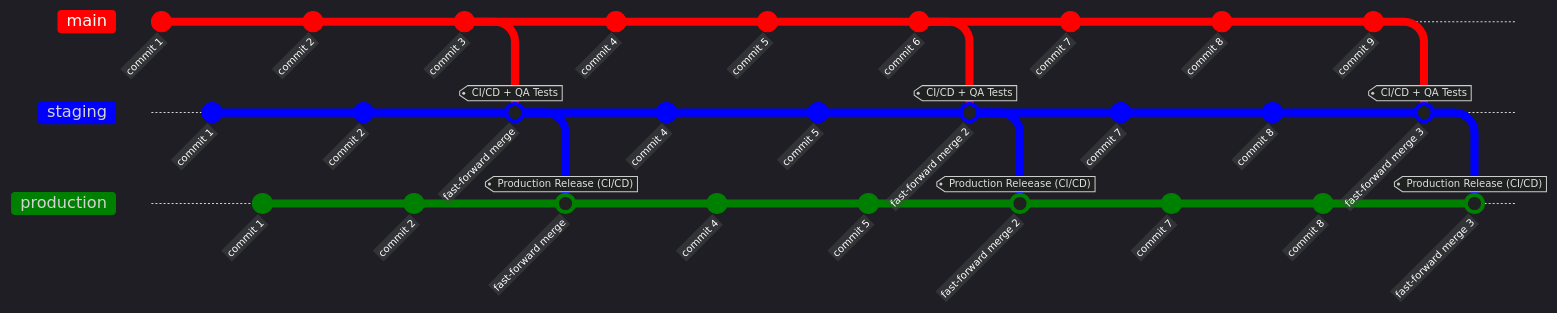
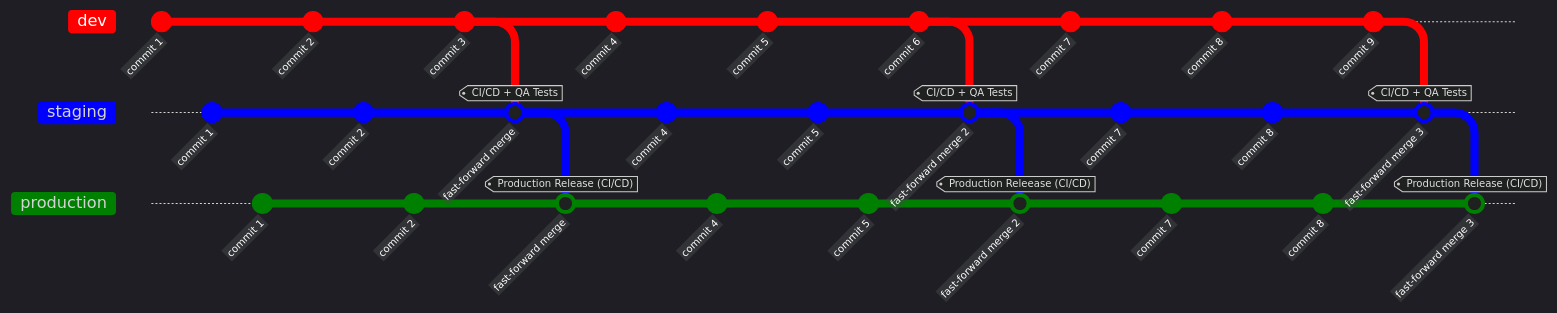
Before and after one commit to HariSekhon/Diagrams-as-Code: the third of 3 diagrams in README.md, drawn with Mermaid.

```diff
--- a/README.md
+++ b/README.md
@@ -385,7 +385,9 @@
 %%{ init: {
         'logLevel': 'debug',
         'theme': 'dark',
-        'mainBranchName': 'main',
+        'gitGraph': {
+            'mainBranchName': 'dev'
+        },
         'themeVariables': {
             'git0': 'red',
             'git1': 'blue ',
@@ -394,14 +396,14 @@
             'gitBranchLabel0': '#FFFFFF',
             'commitLabelColor': '#FFFFFF'
         }
-    } 
+    }
 }%%
 
 gitGraph
     branch staging
     branch production
 
-    checkout main
+    checkout dev
     commit id: "commit 1"
 
     checkout staging
@@ -410,7 +412,7 @@
     checkout production
     commit id: "commit 1  "
 
-    checkout main
+    checkout dev
     commit id: "commit 2"
 
     checkout staging
@@ -419,17 +421,17 @@
     checkout production
     commit id: "commit 2  "
 
-    checkout main
+    checkout dev
     commit id: "commit 3"
 
     checkout staging
-    merge main id: "fast-forward merge" tag: "CI/CD + QA Tests"
+    merge dev id: "fast-forward merge" tag: "CI/CD + QA Tests"
 
     checkout production
     merge staging id: "fast-forward merge " tag: "Production Release (CI/CD)"
 
 
-    checkout main
+    checkout dev
     commit id: "commit 4"
 
     checkout staging
@@ -438,7 +440,7 @@
     checkout production
     commit id: "commit 4  "
 
-    checkout main
+    checkout dev
     commit id: "commit 5"
 
     checkout staging
@@ -447,17 +449,17 @@
     checkout production
     commit id: "commit 5  "
 
-    checkout main
+    checkout dev
     commit id: "commit 6"
 
     checkout staging
-    merge main id: "fast-forward merge 2" tag: "CI/CD + QA Tests"
+    merge dev id: "fast-forward merge 2" tag: "CI/CD + QA Tests"
 
     checkout production
     merge staging id: "fast-forward merge 2 " tag: "Production Releease (CI/CD)"
 
 
-    checkout main
+    checkout dev
     commit id: "commit 7"
 
     checkout staging
@@ -466,7 +468,7 @@
     checkout production
     commit id: "commit 7  "
 
-    checkout main
+    checkout dev
     commit id: "commit 8"
 
     checkout staging
@@ -475,11 +477,11 @@
     checkout production
     commit id: "commit 8  "
 
-    checkout main
+    checkout dev
     commit id: "commit 9"
 
     checkout staging
-    merge main id: "fast-forward merge 3" tag: "CI/CD + QA Tests"
+    merge dev id: "fast-forward merge 3" tag: "CI/CD + QA Tests"
 
     checkout production
     merge staging id: "fast-forward merge 3 " tag: "Production Release (CI/CD)"
```
